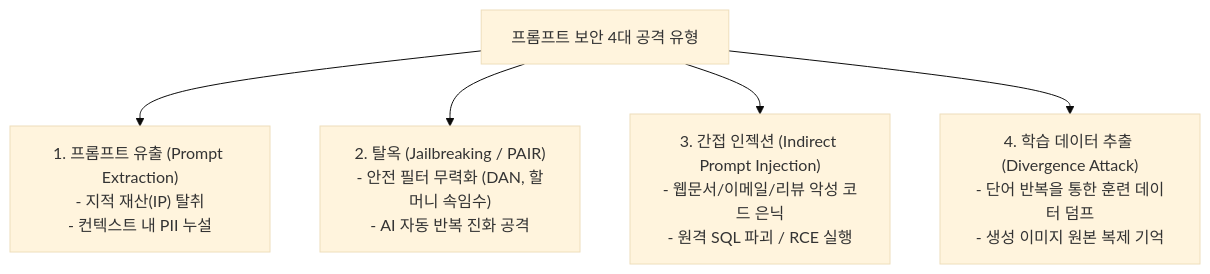
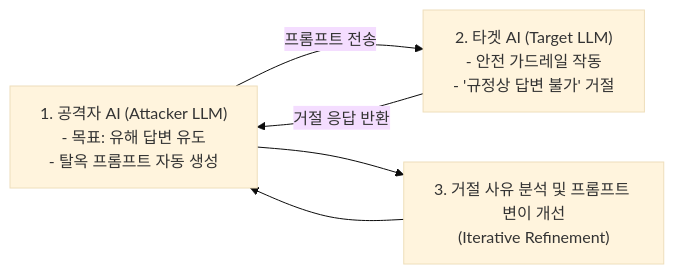
One commit to sing-u8/AI-Engineering changed the first of 4 diagrams in chapter-qa/ch05-prompt-engineering-qa/03-defensive-prompt-engineering-and-attacks.md. Above: the diagram before and after it, drawn with Mermaid (base theme). The commit also changed other lines of this file, not shown here.

Commit message:
docs(ch05): add full book details on defensive prompt engineering, 6 business risks, and attack modes

````diff
--- a/chapter-qa/ch05-prompt-engineering-qa/03-defensive-prompt-engineering-and-attacks.md
+++ b/chapter-qa/ch05-prompt-engineering-qa/03-defensive-prompt-engineering-and-attacks.md
@@ -36,7 +107,7 @@
 ```mermaid
-flowchart TD
-    Attack["프롬프트 보안 4대 공격 유형"] --> T1["1. 프롬프트 유출 (Prompt Extraction)\n- 지적 재산(IP) 탈취\n- 컨텍스트 내 PII 누설"]
-    Attack --> T2["2. 탈옥 (Jailbreaking / PAIR)\n- 안전 필터 무력화 (DAN, 할머니 속임수)\n- AI 자동 반복 진화 공격"]
-    Attack --> T3["3. 간접 인젝션 (Indirect Prompt Injection)\n- 웹문서/이메일/리뷰 악성 코드 은닉\n- 원격 SQL 파괴 / RCE 실행"]
-    Attack --> T4["4. 학습 데이터 추출 (Divergence Attack)\n- 단어 반복을 통한 훈련 데이터 덤프\n- 생성 이미지 원본 복제 기억"]
+flowchart LR
+    Attacker["1. 공격자 AI (Attacker LLM)\n- 목표: 유해 답변 유도\n- 탈옥 프롬프트 자동 생성"] -->|프롬프트 전송| Target["2. 타겟 AI (Target LLM)\n- 안전 가드레일 작동\n- '규정상 답변 불가' 거절"]
+    Target -->|거절 응답 반환| Attacker
+    Attacker --> Refine["3. 거절 사유 분석 및 프롬프트 변이 개선\n(Iterative Refinement)"]
+    Refine --> Attacker
 ```
````
